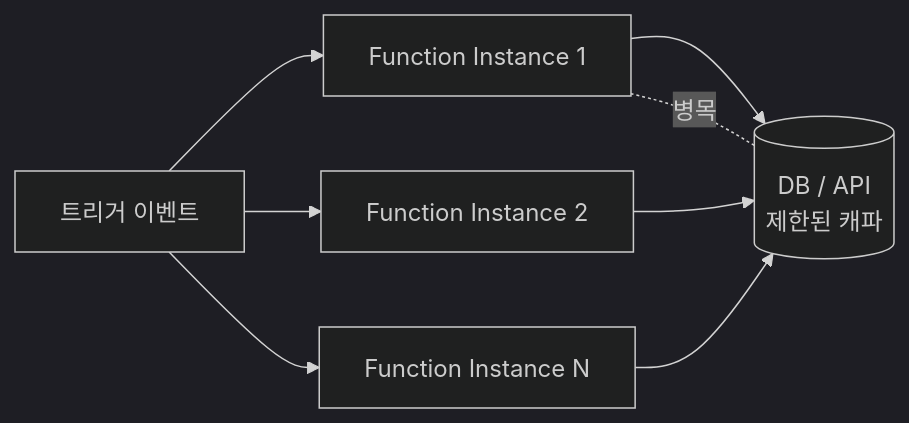
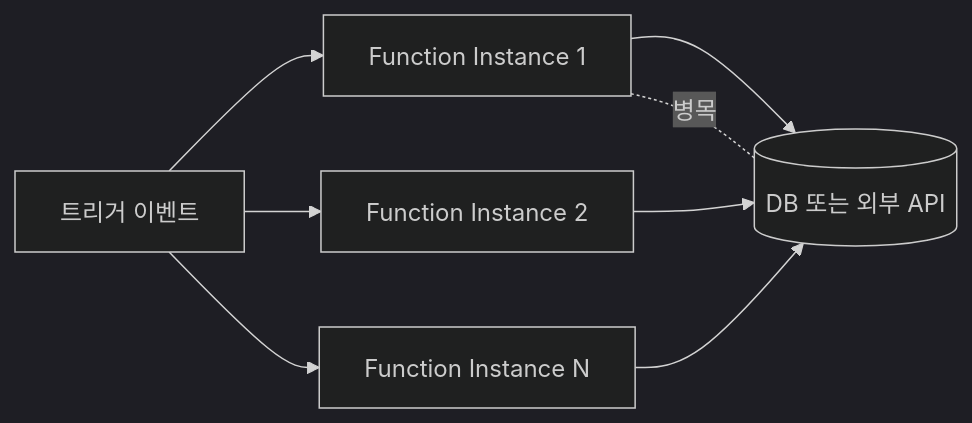
The fourth of 4 diagrams in azure-functions-101/ko/06-scaling-and-cold-start.md (yeongseon-books/book-content), drawn with Mermaid (dark theme) before and after one commit. The commit also changed other lines of this file and 42 other files, not shown here.

First line of the commit message:
fix: 오라클 리뷰 반영 — Functions 101/Deep Dive 사실관계·톤·다이어그램 정리, App Service 101 ko/en 재구조화

````diff
--- a/azure-functions-101/ko/06-scaling-and-cold-start.md
+++ b/azure-functions-101/ko/06-scaling-and-cold-start.md
@@ -170,10 +176,10 @@
 ```mermaid
 flowchart LR
-    LB[트리거 이벤트] --> F1[Function Instance 1]
-    LB --> F2[Function Instance 2]
-    LB --> Fn[Function Instance N]
-    F1 --> DB[(DB / API<br/>제한된 캐파)]
+    Evt[트리거 이벤트] --> F1[Function Instance 1]
+    Evt --> F2[Function Instance 2]
+    Evt --> FN[Function Instance N]
+    F1 --> DB[(DB 또는 외부 API)]
     F2 --> DB
-    Fn --> DB
-    DB -.병목.- F1
+    FN --> DB
+    DB -. 병목 .- F1
 ```
````
